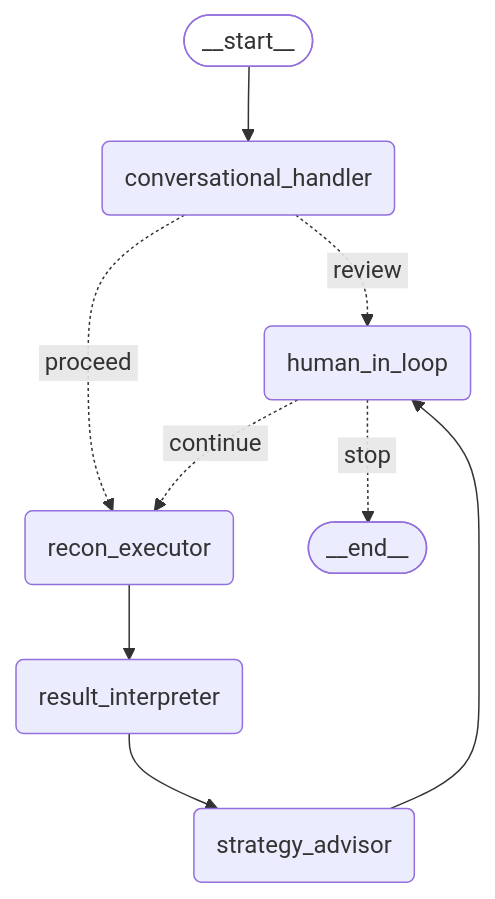
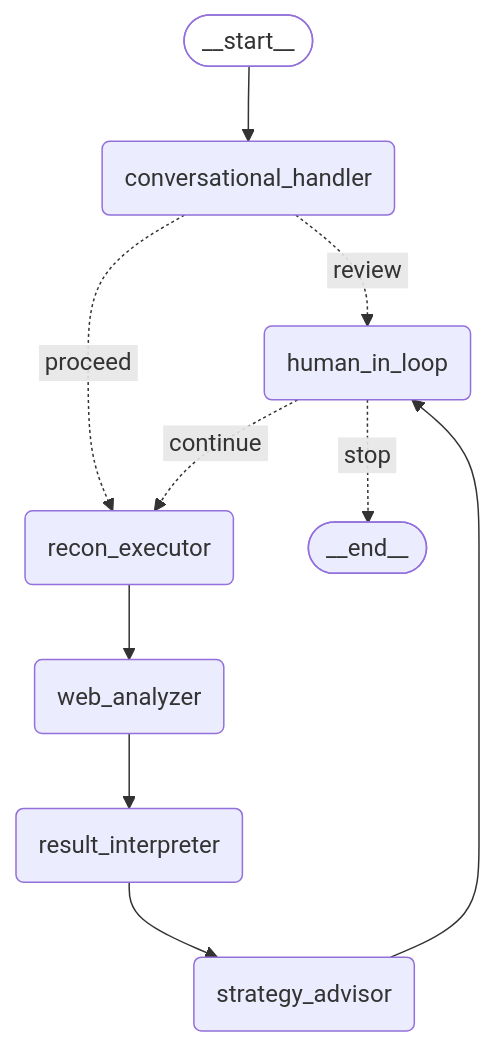
The diagram in README.md (vksundararajan/AdaptiveFuzz), drawn with Mermaid before and after one commit. The commit also changed other lines of this file and 11 other files, not shown here.

Commit message:
[FEATURE] Add web analyzer node and integrate it into the adaptive graph; enhance prompts and tools for improved reconnaissance capabilities

````diff
--- a/README.md
+++ b/README.md
@@ -11,26 +47,28 @@
 ```mermaid
 ---
 config:
   flowchart:
     curve: CARDINAL
 ---
 graph TD;
 	__start__([<p>__start__</p>]):::first
 	conversational_handler(conversational_handler)
 	recon_executor(recon_executor)
+	web_analyzer(web_analyzer)
 	result_interpreter(result_interpreter)
 	strategy_advisor(strategy_advisor)
 	human_in_loop(human_in_loop)
 	__end__([<p>__end__</p>]):::last
 	__start__ --> conversational_handler;
 	conversational_handler -. &nbsp;review&nbsp; .-> human_in_loop;
 	conversational_handler -. &nbsp;proceed&nbsp; .-> recon_executor;
 	human_in_loop -. &nbsp;stop&nbsp; .-> __end__;
 	human_in_loop -. &nbsp;continue&nbsp; .-> recon_executor;
-	recon_executor --> result_interpreter;
+	recon_executor --> web_analyzer;
 	result_interpreter --> strategy_advisor;
 	strategy_advisor --> human_in_loop;
+	web_analyzer --> result_interpreter;
 	classDef default fill:,line-height:1.2
 	classDef first fill-opacity:0
 	classDef last fill:
 ```
````
